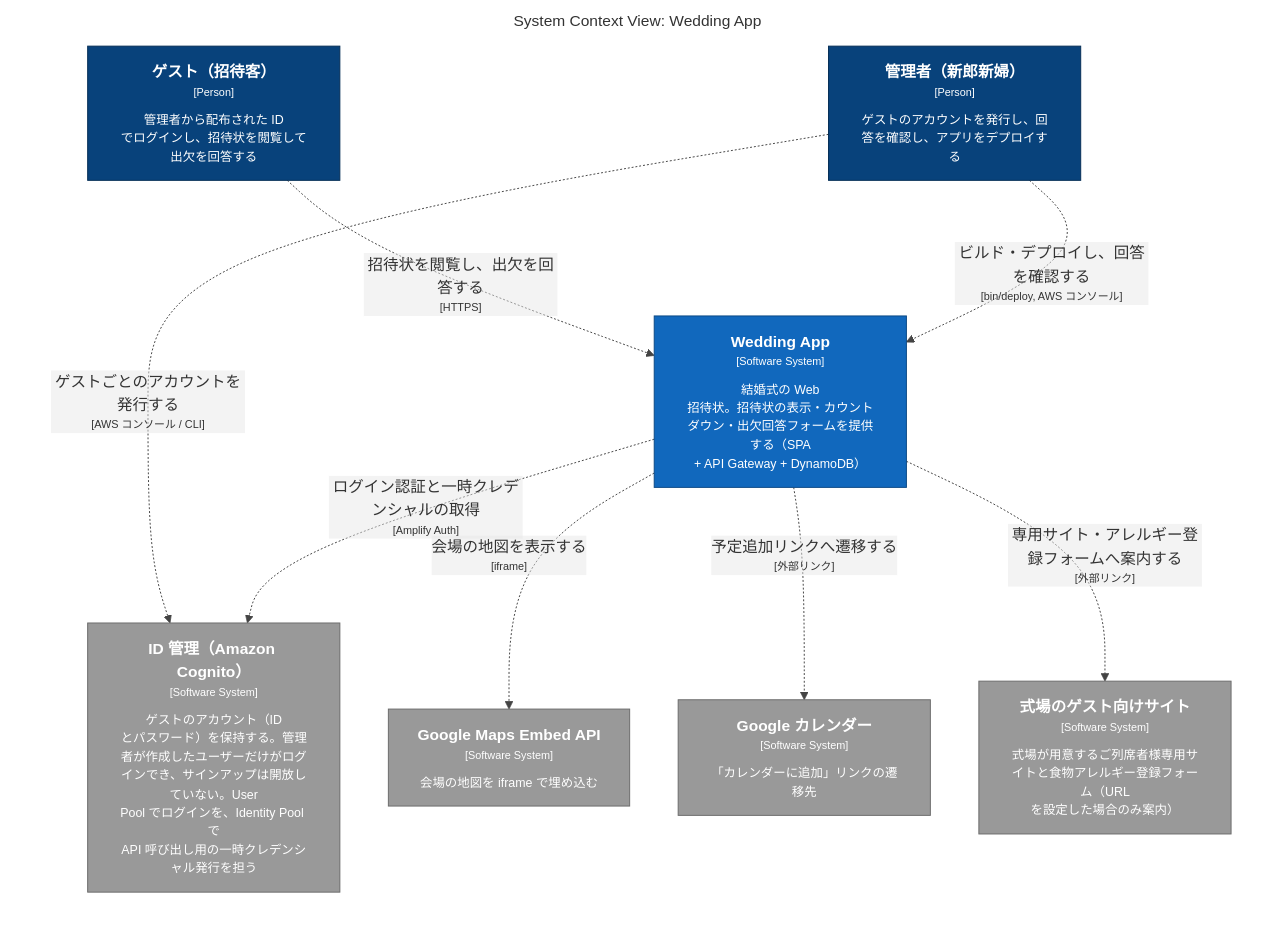
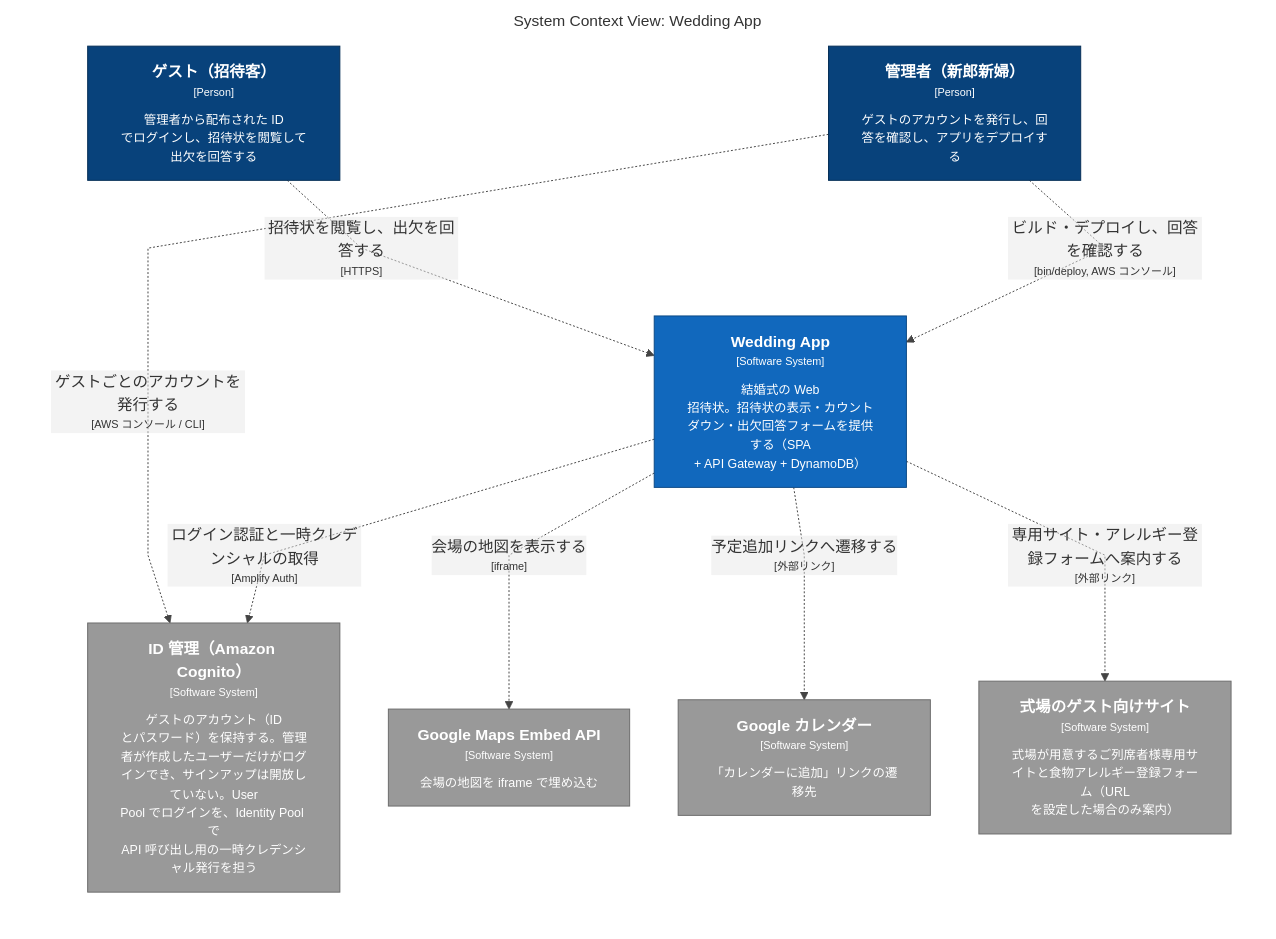
One commit to Yuchan4342/wedding-app changed the first of 2 diagrams in docs/architecture/README.md. Above: the diagram before and after it, drawn with Mermaid. The commit also changed other lines of this file and 3 other files, not shown here.

````diff
--- a/docs/architecture/README.md
+++ b/docs/architecture/README.md
@@ -19,32 +19,33 @@
 ```mermaid
+%%{init: {"flowchart": {"curve": "linear"}}}%%
 graph LR
   linkStyle default fill:none,stroke:#444444
 
   subgraph diagram ["System Context View: Wedding App"]
     style diagram fill:#ffffff,stroke:#ffffff
 
     1["<div style='font-weight: bold'>ゲスト（招待客）</div><div style='font-size: 70%; margin-top: 0px'>[Person]</div><div style='font-size: 80%; margin-top:10px'>管理者から配布された ID<br />でログインし、招待状を閲覧して出欠を回答する</div>"]
     style 1 fill:#08427b,stroke:#052e56,color:#ffffff
     10["<div style='font-weight: bold'>Google Maps Embed API</div><div style='font-size: 70%; margin-top: 0px'>[Software System]</div><div style='font-size: 80%; margin-top:10px'>会場の地図を iframe で埋め込む</div>"]
     style 10 fill:#999999,stroke:#6b6b6b,color:#ffffff
     11["<div style='font-weight: bold'>Google カレンダー</div><div style='font-size: 70%; margin-top: 0px'>[Software System]</div><div style='font-size: 80%; margin-top:10px'>「カレンダーに追加」リンクの遷移先</div>"]
     style 11 fill:#999999,stroke:#6b6b6b,color:#ffffff
     12["<div style='font-weight: bold'>式場のゲスト向けサイト</div><div style='font-size: 70%; margin-top: 0px'>[Software System]</div><div style='font-size: 80%; margin-top:10px'>式場が用意するご列席者様専用サイトと食物アレルギー登録フォーム（URL<br />を設定した場合のみ案内）</div>"]
     style 12 fill:#999999,stroke:#6b6b6b,color:#ffffff
     2["<div style='font-weight: bold'>管理者（新郎新婦）</div><div style='font-size: 70%; margin-top: 0px'>[Person]</div><div style='font-size: 80%; margin-top:10px'>ゲストのアカウントを発行し、回答を確認し、アプリをデプロイする</div>"]
     style 2 fill:#08427b,stroke:#052e56,color:#ffffff
     3["<div style='font-weight: bold'>Wedding App</div><div style='font-size: 70%; margin-top: 0px'>[Software System]</div><div style='font-size: 80%; margin-top:10px'>結婚式の Web<br />招待状。招待状の表示・カウントダウン・出欠回答フォームを提供する（SPA<br />+ API Gateway + DynamoDB）</div>"]
     style 3 fill:#1168bd,stroke:#0b4884,color:#ffffff
     9["<div style='font-weight: bold'>ID 管理（Amazon Cognito）</div><div style='font-size: 70%; margin-top: 0px'>[Software System]</div><div style='font-size: 80%; margin-top:10px'>ゲストのアカウント（ID<br />とパスワード）を保持する。管理者が作成したユーザーだけがログインでき、サインアップは開放していない。User<br />Pool でログインを、Identity Pool で<br />API 呼び出し用の一時クレデンシャル発行を担う</div>"]
     style 9 fill:#999999,stroke:#6b6b6b,color:#ffffff
 
     1-. "<div>招待状を閲覧し、出欠を回答する</div><div style='font-size: 70%'>[HTTPS]</div>" .->3
     2-. "<div>ビルド・デプロイし、回答を確認する</div><div style='font-size: 70%'>[bin/deploy, AWS コンソール]</div>" .->3
     2-. "<div>ゲストごとのアカウントを発行する</div><div style='font-size: 70%'>[AWS コンソール / CLI]</div>" .->9
     3-. "<div>ログイン認証と一時クレデンシャルの取得</div><div style='font-size: 70%'>[Amplify Auth]</div>" .->9
     3-. "<div>会場の地図を表示する</div><div style='font-size: 70%'>[iframe]</div>" .->10
     3-. "<div>予定追加リンクへ遷移する</div><div style='font-size: 70%'>[外部リンク]</div>" .->11
     3-. "<div>専用サイト・アレルギー登録フォームへ案内する</div><div style='font-size: 70%'>[外部リンク]</div>" .->12
 
   end
 ```
````
